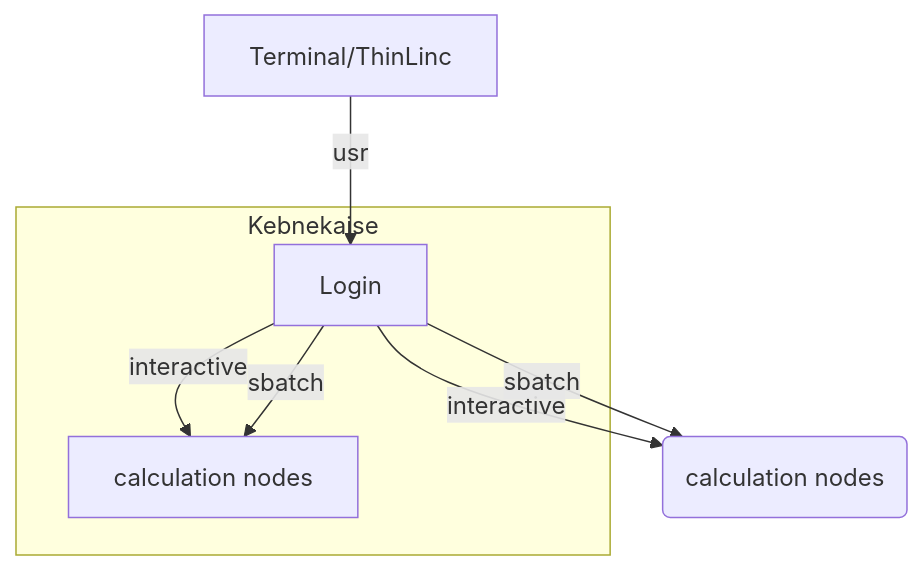
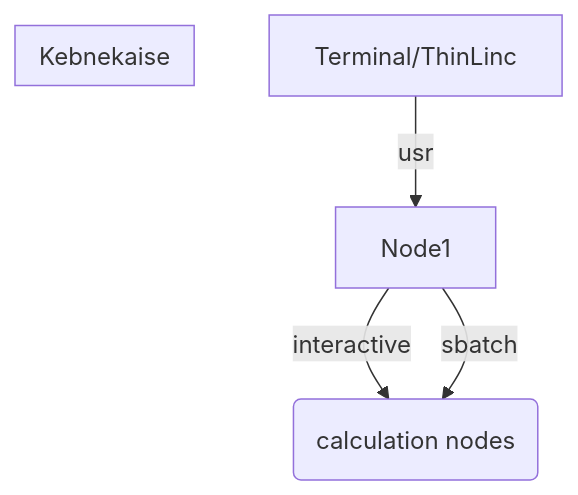
Before and after one commit to UPPMAX/R-python-julia-matlab-HPC: the diagram in docs/mermaid/kebnekaise.mmd, drawn with Mermaid.

```diff
--- a/docs/mermaid/kebnekaise.mmd
+++ b/docs/mermaid/kebnekaise.mmd
@@ -1,13 +1,11 @@
   graph TB
 
   Node1 -- interactive --> SubGraph2Flow
   Node1 -- sbatch --> SubGraph2Flow
   SubGraph2Flow(calculation nodes) 
 
 
         Terminal/ThinLinc -- usr --> Node1
         
         subgraph "Kebnekaise"
-        Node1[Login] -- interactive --> Node2[calculation nodes]
-        Node1 -- sbatch --> Node2
         end
```
